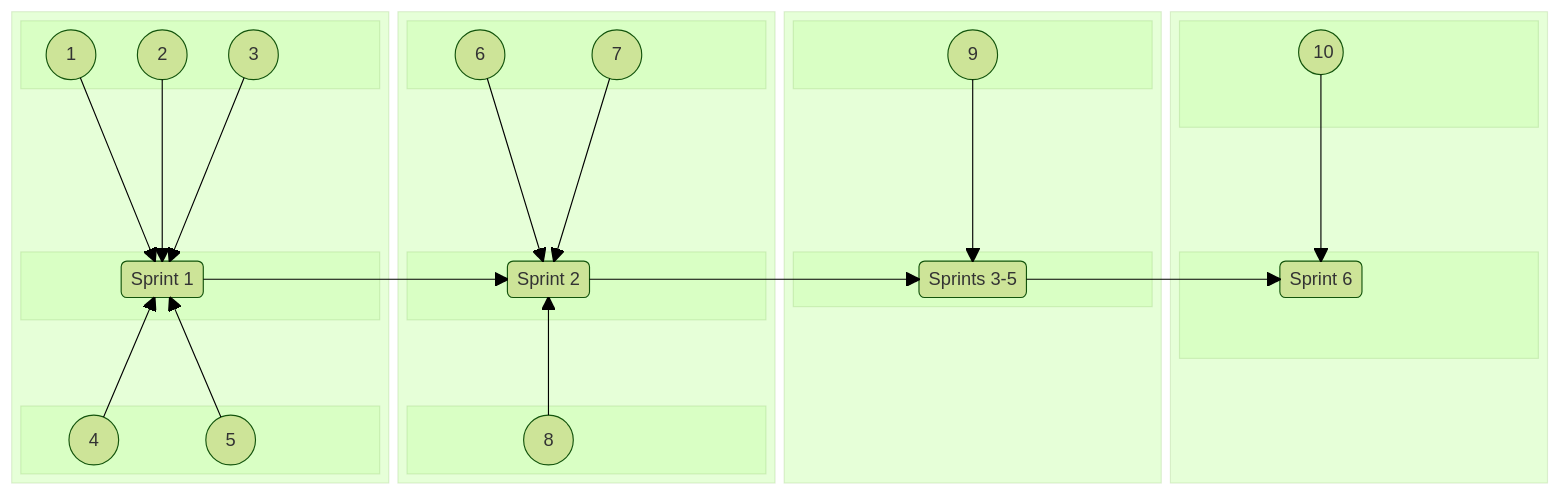
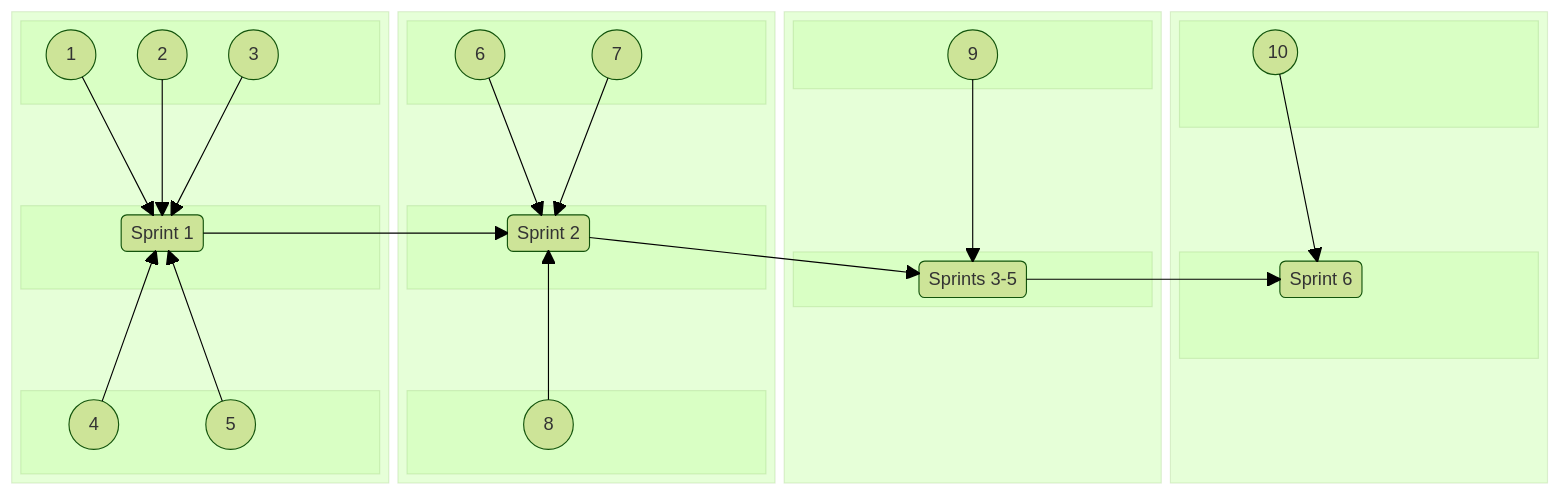
The second of 2 diagrams in README.md (jdmedlock/mermaid_testing), drawn with Mermaid (forest theme) before and after one commit.

Commit message:
Feature: Add annotations to test layout

```diff
--- a/README.md
+++ b/README.md
@@ -98,7 +98,6 @@
         A2(("&nbsp;&nbsp; 2 &nbsp;&nbsp;"))
         A3(("&nbsp;&nbsp; 3 &nbsp;&nbsp;"))
       end
-      space
       space
       block:B1CENTER
         columns 3
@@ -126,7 +125,6 @@
         A6(("&nbsp;&nbsp; 6 &nbsp;&nbsp;"))
         A7(("&nbsp;&nbsp; 7 &nbsp;&nbsp;"))
       end
-      space
       space
       block:B2CENTER
         columns 3
@@ -174,7 +172,6 @@
         columns 3
         space
         SPRINT6("&nbsp;Sprint 6&nbsp;")
-        space
       end
       space
       A10 ----> SPRINT6
```
